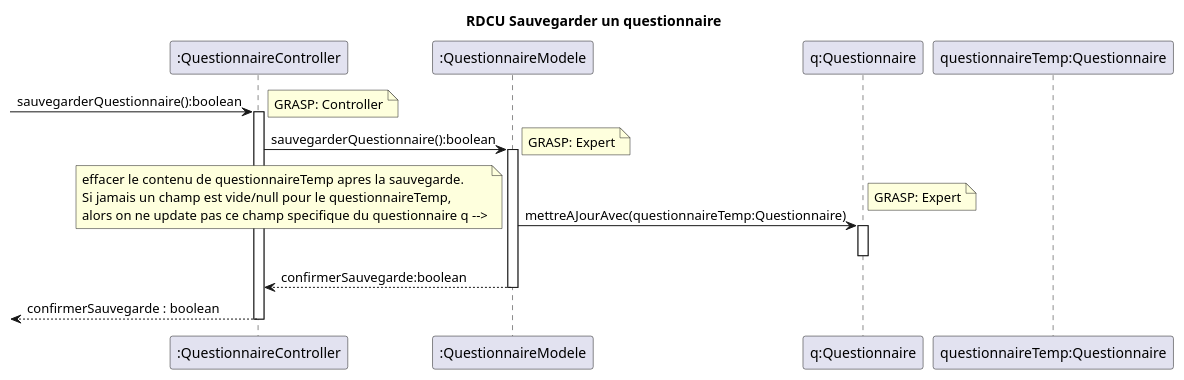
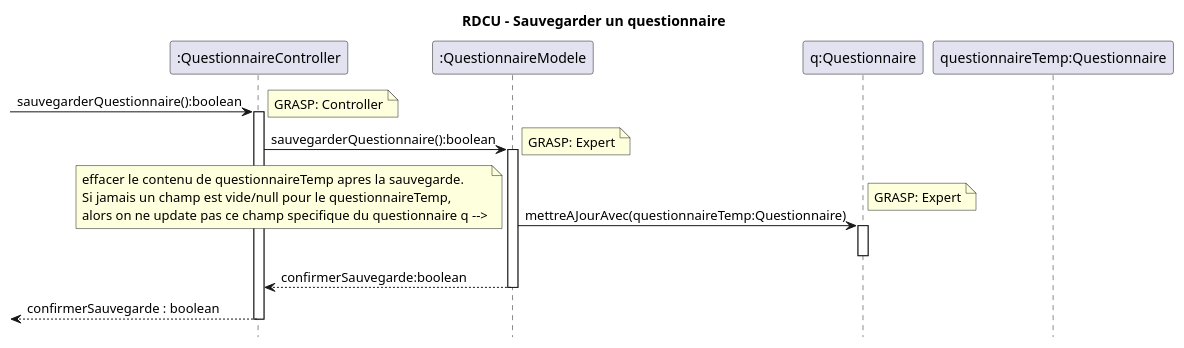
One commit to xMrYahya/moodle-clone changed the diagram in docs/modeles/cu05/rdcu-sauvegarder-questionnaire.puml. Above: the diagram before and after it, drawn with PlantUML. The commit also changed 20 other files, not shown here.

```diff
--- a/docs/modeles/cu05/rdcu-sauvegarder-questionnaire.puml
+++ b/docs/modeles/cu05/rdcu-sauvegarder-questionnaire.puml
@@ -1,27 +1,28 @@
 @startuml
-title RDCU Sauvegarder un questionnaire
+hide footbox
+title RDCU - Sauvegarder un questionnaire
 
 participant ":QuestionnaireController" as controller
 participant ":QuestionnaireModele" as questionnaireModele
 participant "q:Questionnaire" as questionnaire
 participant "questionnaireTemp:Questionnaire"
 
 -> controller : sauvegarderQuestionnaire():boolean
 note right: GRASP: Controller
 activate controller
 controller -> questionnaireModele ++: sauvegarderQuestionnaire():boolean
 note right: GRASP: Expert
 questionnaireModele -> questionnaire ++: mettreAJourAvec(questionnaireTemp:Questionnaire)
 note right: GRASP: Expert
 deactivate questionnaire
 note bottom 
 effacer le contenu de questionnaireTemp apres la sauvegarde.
 Si jamais un champ est vide/null pour le questionnaireTemp,
 alors on ne update pas ce champ specifique du questionnaire q -->
 end note
 questionnaireModele --> controller : confirmerSauvegarde:boolean
 deactivate questionnaireModele
 <-- controller : confirmerSauvegarde : boolean
 deactivate controller
 
 @enduml
```
